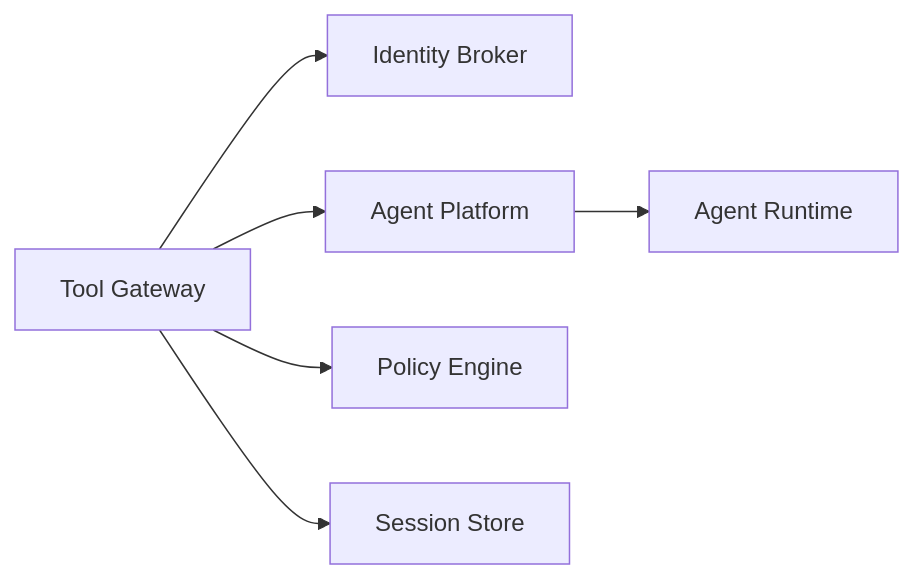
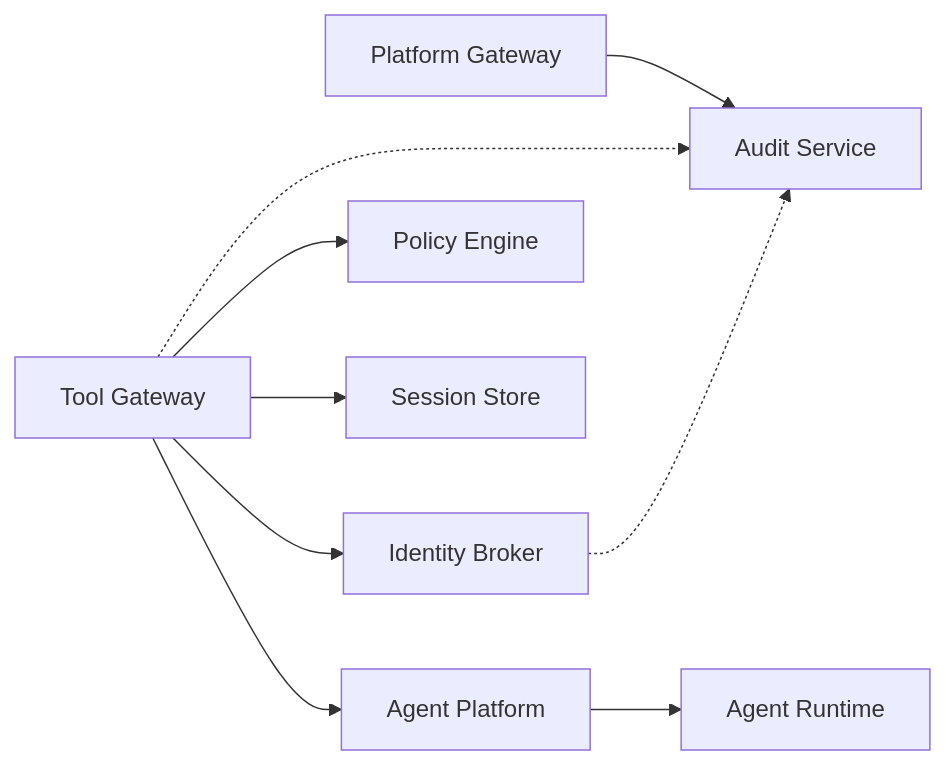
The third of 3 diagrams in .qoder/repowiki/en/content/API Reference/API Reference.md (metasync/luban-aiops), drawn with Mermaid before and after one commit. The commit also changed other lines of this file and 48 other files, not shown here.

First line of the commit message:
docs: refresh repowiki knowledge cache for audit-service product

````diff
--- a/.qoder/repowiki/en/content/API Reference/API Reference.md
+++ b/.qoder/repowiki/en/content/API Reference/API Reference.md
@@ -379,8 +509,11 @@
 ```mermaid
 graph LR
 TG["Tool Gateway"] --> IB["Identity Broker"]
 TG --> AP["Agent Platform"]
 TG --> PE["Policy Engine"]
 TG --> SS["Session Store"]
+PG["Platform Gateway"] --> AS["Audit Service"]
 AP --> RT["Agent Runtime"]
+TG -.-> AS
+IB -.-> AS
 ```
````
